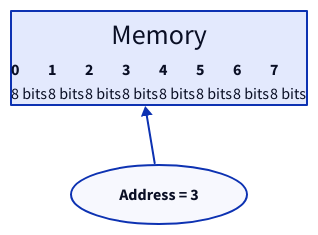
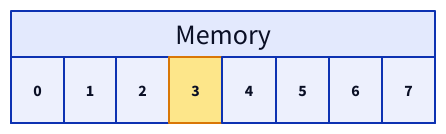
Diagram 13 of 19 in src/computer-science/DSA/data-structures/1.arrays/01-introduction.md (ani2fun/note-book), drawn with D2 before and after one commit. The commit also changed other lines of this file, not shown here.

Commit message:
DSA arrays/01-introduction: collapse Memory diagrams to single-label tabular row
Followup on the cell-overflow fix. Two outstanding complaints:
1. Cells like \"**0**<br/>8 bits\" still felt cluttered — each cell was
   carrying duplicate info (\"8 bits\" was already in the surrounding
   prose).
2. The Address-pointer oval below the grid roughly doubled the
   diagram's height for one bit of information.

Strip both Memory grids down to single-digit cells and drop the
external Address oval; just highlight cell b3 in amber and put the
\"address = 3\" annotation in the figure caption. Same shape as the
\"Storing the ages of students\" diagram earlier in the file.

Result: each Memory diagram is now 174 px tall (down from 293 px) —
roughly half the previous height — with no information lost; the
caption + highlight convey the same point.

````diff
--- a/src/computer-science/DSA/data-structures/1.arrays/01-introduction.md
+++ b/src/computer-science/DSA/data-structures/1.arrays/01-introduction.md
@@ -732,37 +713,14 @@
 ```d2
-direction: right
-
 mem: Memory {
   grid-columns: 8
   grid-gap: 0
-  b0: |md
-    **0**<br/>8 bits
-  |
-  b1: |md
-    **1**<br/>8 bits
-  |
-  b2: |md
-    **2**<br/>8 bits
-  |
-  b3: |md
-    **3**<br/>8 bits
-  |
-  b4: |md
-    **4**<br/>8 bits
-  |
-  b5: |md
-    **5**<br/>8 bits
-  |
-  b6: |md
-    **6**<br/>8 bits
-  |
-  b7: |md
-    **7**<br/>8 bits
-  |
+  b0: "0"
+  b1: "1"
+  b2: "2"
+  b3: "3" {style.fill: "#fde68a"; style.stroke: "#d97706"}
+  b4: "4"
+  b5: "5"
+  b6: "6"
+  b7: "7"
 }
-
-addr: Address = 3 {
-  shape: oval
-}
-addr -> mem.b3
 ```
````
